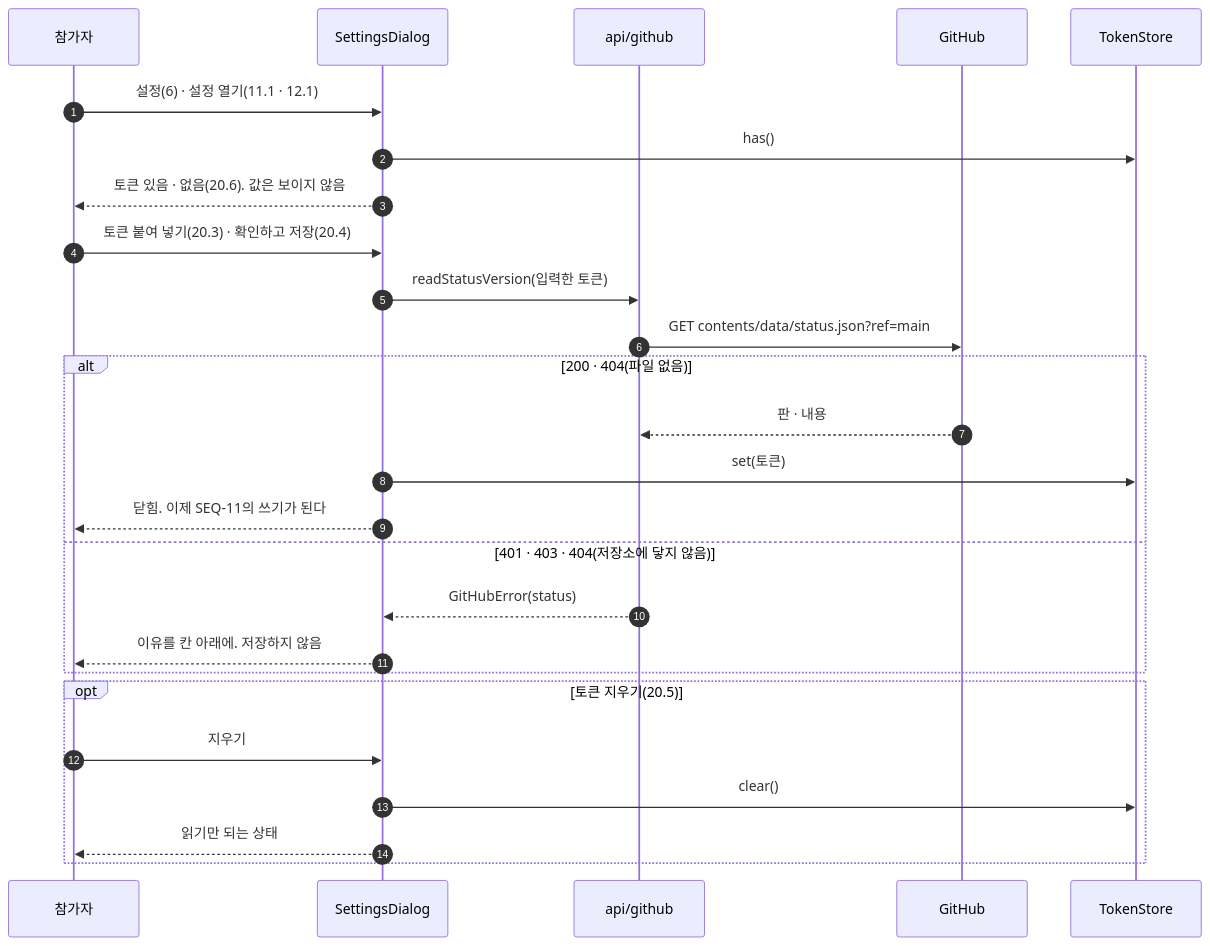
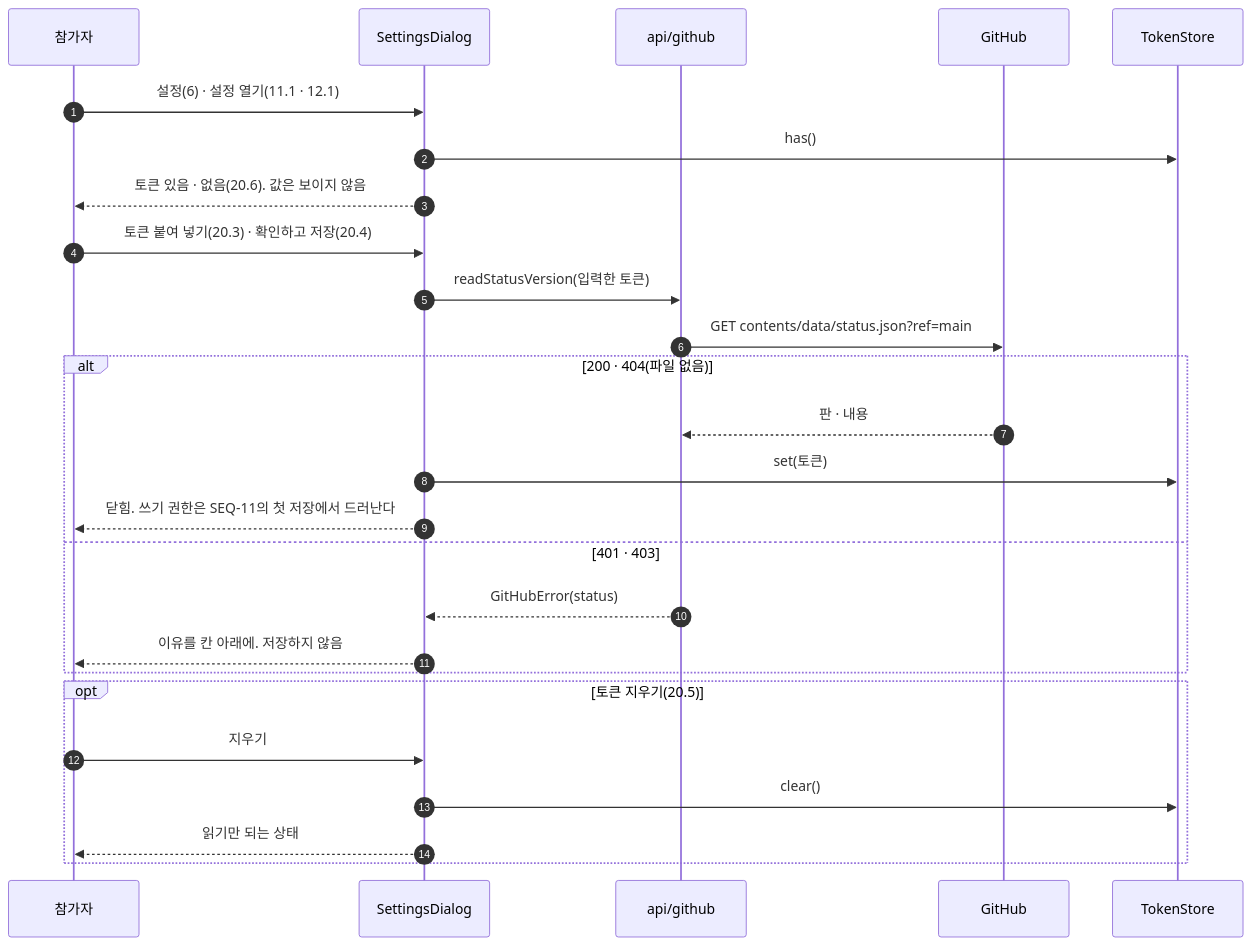
Diagram 12 of 12 in docs/specs/09-SEQ/CCR-SEQ-001.md (HoyoungParkme/competition-crawler), drawn with Mermaid before and after one commit. The commit also changed other lines of this file, not shown here.

Commit message:
spec(SEQ-001): SEQ-12 토큰 검증을 구현에 맞춤 — 401·403만 거절, 404는 파일 없음뿐, 쓰기 권한은 첫 저장에서 드러남(UC-H2 4b). SEQ-11 되돌리기 갈래에 쓰기 404, 미결에 첫 배포 뒤 남은 실측

````diff
--- a/docs/specs/09-SEQ/CCR-SEQ-001.md
+++ b/docs/specs/09-SEQ/CCR-SEQ-001.md
@@ -501,28 +501,28 @@
 ```mermaid
 sequenceDiagram
     autonumber
     participant U as 참가자
     participant UI as SettingsDialog
     participant RF as api/github
     participant GHB as GitHub
     participant TK as TokenStore
     U->>UI: 설정(6) · 설정 열기(11.1 · 12.1)
     UI->>TK: has()
     UI-->>U: 토큰 있음 · 없음(20.6). 값은 보이지 않음
     U->>UI: 토큰 붙여 넣기(20.3) · 확인하고 저장(20.4)
     UI->>RF: readStatusVersion(입력한 토큰)
     RF->>GHB: GET contents/data/status.json?ref=main
     alt 200 · 404(파일 없음)
         GHB-->>RF: 판 · 내용
         UI->>TK: set(토큰)
-        UI-->>U: 닫힘. 이제 SEQ-11의 쓰기가 된다
-    else 401 · 403 · 404(저장소에 닿지 않음)
+        UI-->>U: 닫힘. 쓰기 권한은 SEQ-11의 첫 저장에서 드러난다
+    else 401 · 403
         RF-->>UI: GitHubError(status)
         UI-->>U: 이유를 칸 아래에. 저장하지 않음
     end
     opt 토큰 지우기(20.5)
         U->>UI: 지우기
         UI->>TK: clear()
         UI-->>U: 읽기만 되는 상태
     end
 ```
````
